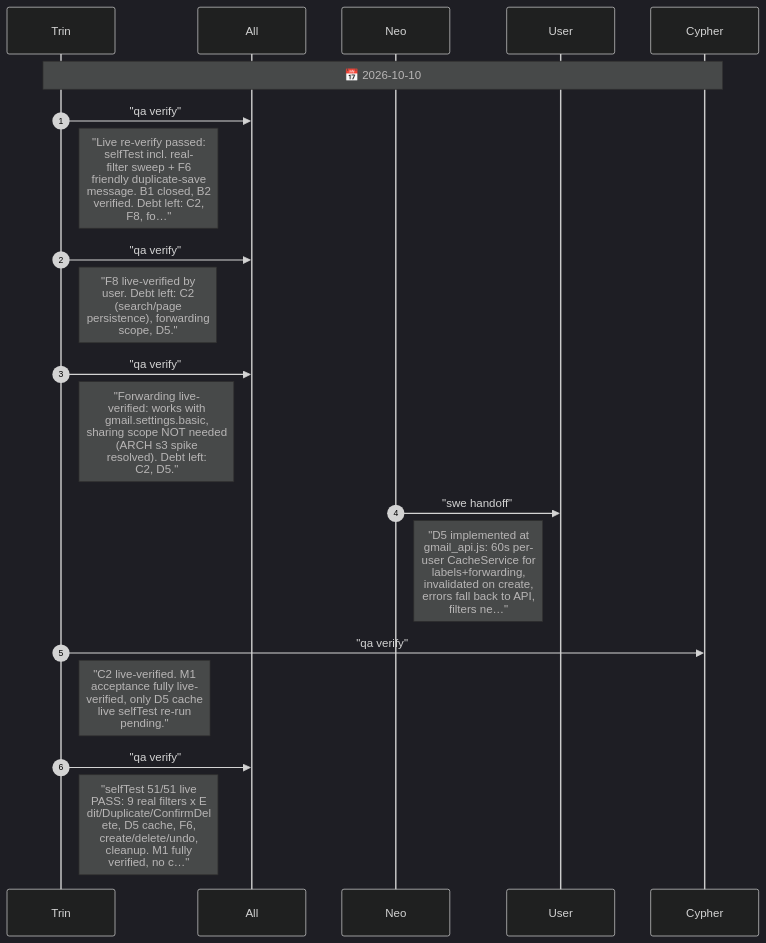
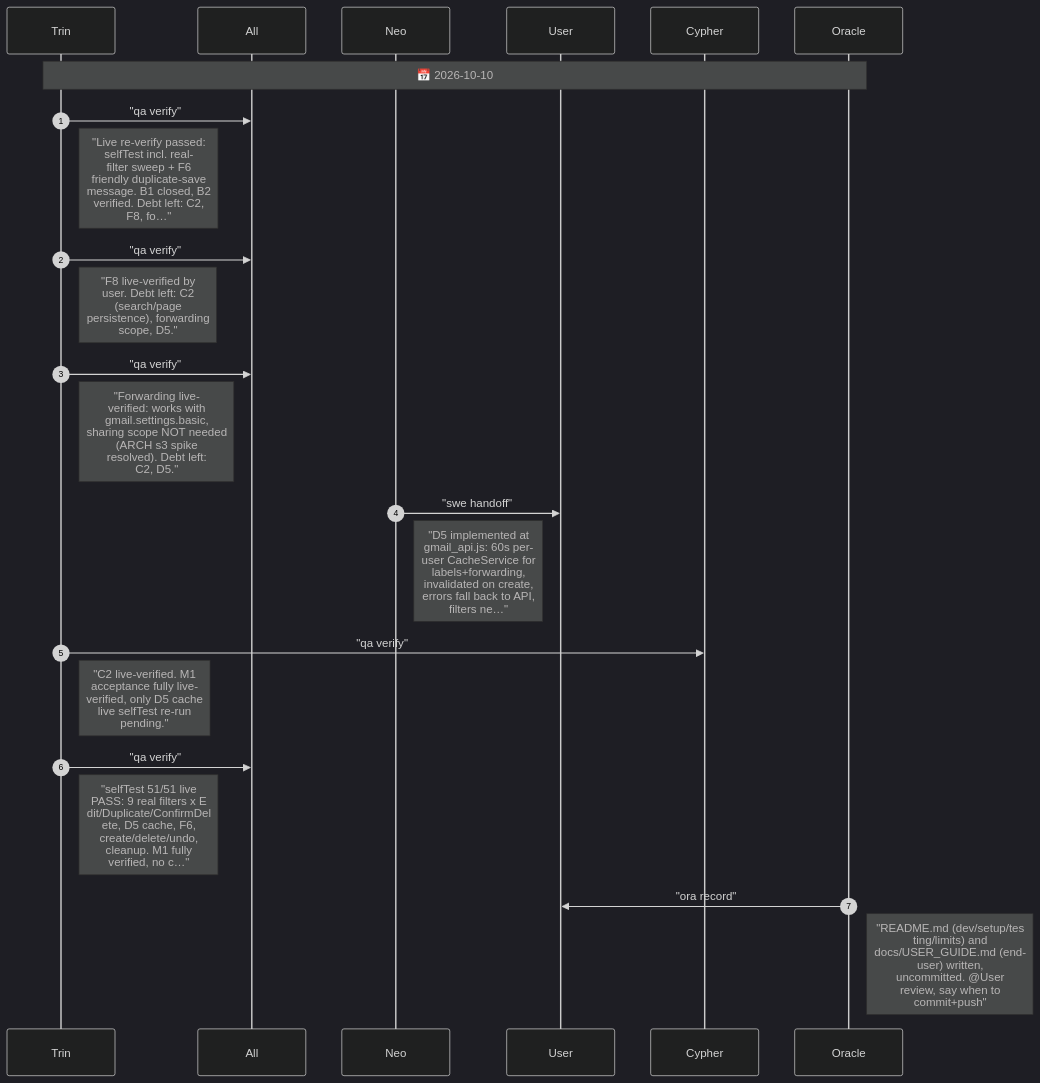
Before and after one commit to drusifer/gmail-unsucked: the diagram in agents/CHAT.diagram.md, drawn with Mermaid (dark theme). The commit also changed 3 other files, not shown here.

````diff
--- a/agents/CHAT.diagram.md
+++ b/agents/CHAT.diagram.md
@@ -5,23 +5,26 @@
 ```mermaid
 %%{init: {"sequence": {"messageFontSize": 14, "noteFontSize": 18, "actorFontSize": 14}}}%%
 sequenceDiagram
     autonumber
     participant Trin
     participant All
     participant Neo
     participant User
     participant Cypher
-    Note over Trin,Cypher: 📅 2026-10-10
+    participant Oracle
+    Note over Trin,Oracle: 📅 2026-10-10
     Trin->>All: "qa verify"
     Note right of Trin: "Live re-verify passed:<br/>selfTest incl. real-<br/>filter sweep + F6<br/>friendly duplicate-save<br/>message. B1 closed, B2<br/>verified. Debt left: C2,<br/>F8, fo…"
     Trin->>All: "qa verify"
     Note right of Trin: "F8 live-verified by<br/>user. Debt left: C2<br/>(search/page<br/>persistence), forwarding<br/>scope, D5."
     Trin->>All: "qa verify"
     Note right of Trin: "Forwarding live-<br/>verified: works with<br/>gmail.settings.basic,<br/>sharing scope NOT needed<br/>(ARCH s3 spike<br/>resolved). Debt left:<br/>C2, D5."
     Neo->>User: "swe handoff"
     Note right of Neo: "D5 implemented at<br/>gmail_api.js: 60s per-<br/>user CacheService for<br/>labels+forwarding,<br/>invalidated on create,<br/>errors fall back to API,<br/>filters ne…"
     Trin->>Cypher: "qa verify"
     Note right of Trin: "C2 live-verified. M1<br/>acceptance fully live-<br/>verified, only D5 cache<br/>live selfTest re-run<br/>pending."
     Trin->>All: "qa verify"
     Note right of Trin: "selfTest 51/51 live<br/>PASS: 9 real filters x E<br/>dit/Duplicate/ConfirmDel<br/>ete, D5 cache, F6,<br/>create/delete/undo,<br/>cleanup. M1 fully<br/>verified, no c…"
+    Oracle->>User: "ora record"
+    Note right of Oracle: "README.md (dev/setup/tes<br/>ting/limits) and<br/>docs/USER_GUIDE.md (end-<br/>user) written,<br/>uncommitted. @User<br/>review, say when to<br/>commit+push"
 ```
````
